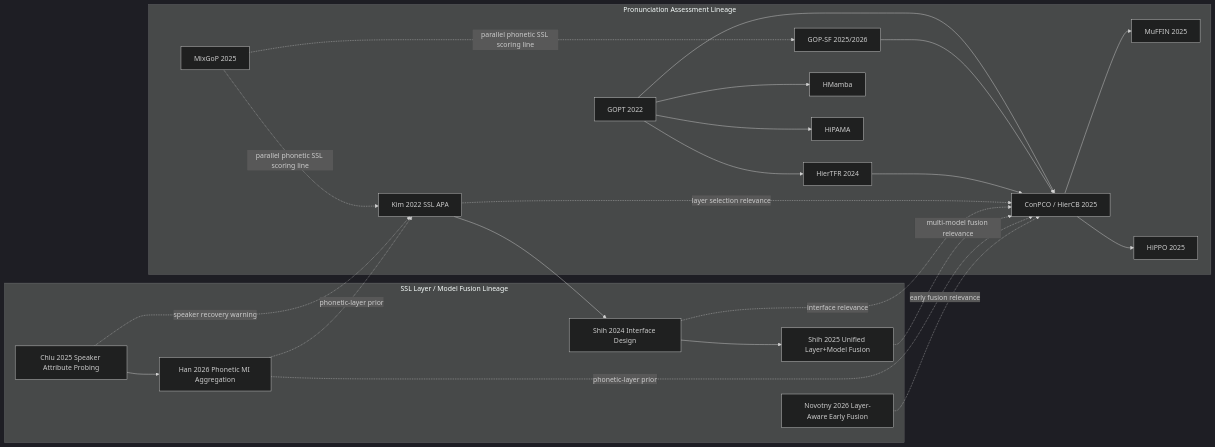
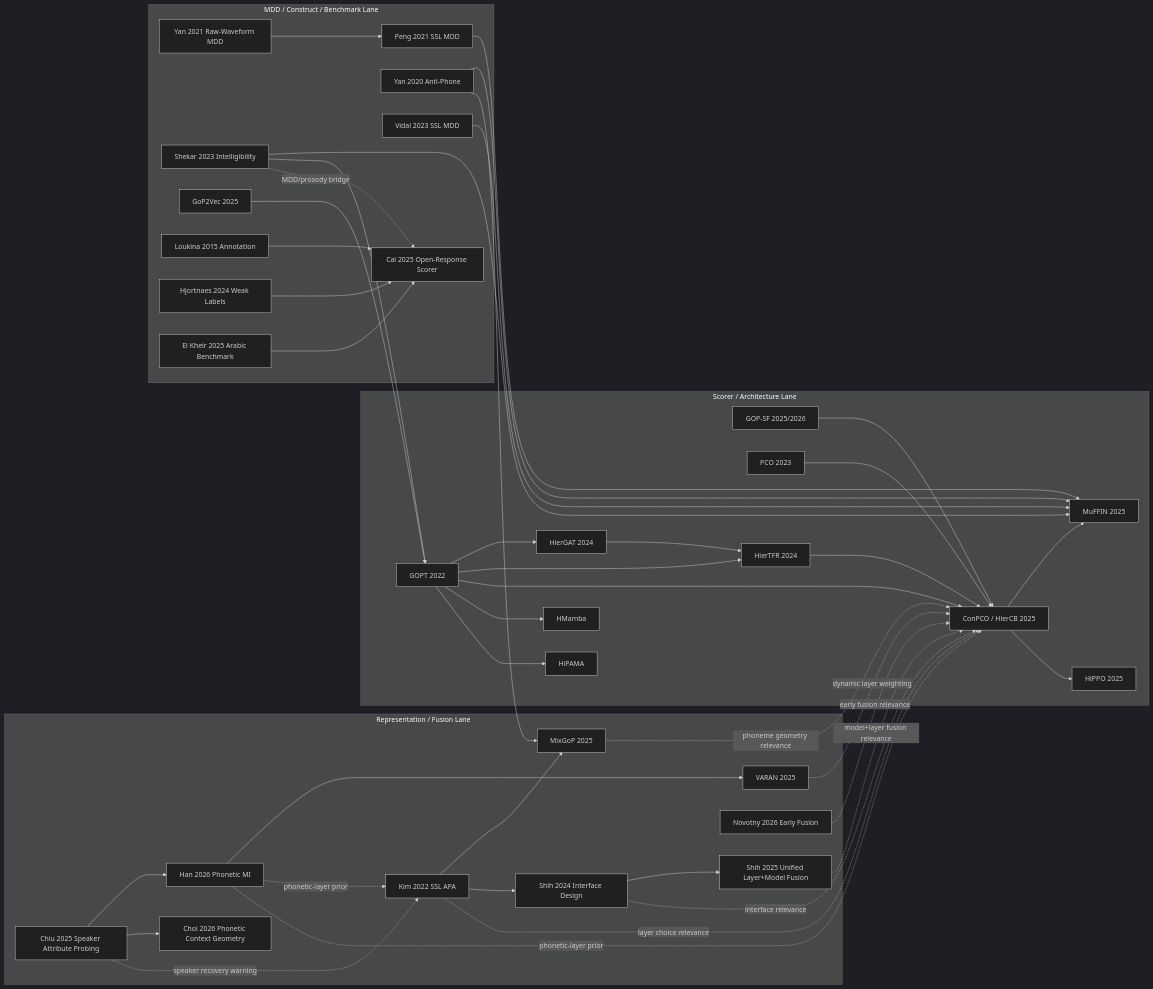
One commit to chikingsley/peacock-asr changed the diagram in docs/research/archived/PRONUNCIATION_LITERATURE_GRAPH_2026-03-22.md. Above: the diagram before and after it, drawn with Mermaid (dark theme). The commit also changed other lines of this file and 123 other files, not shown here.

First line of the commit message:
feat(P010): complete MuFFIN replication — pretraining, MDD, PhnVar, diagnosis labels

````diff
--- a/docs/research/archived/PRONUNCIATION_LITERATURE_GRAPH_2026-03-22.md
+++ b/docs/research/archived/PRONUNCIATION_LITERATURE_GRAPH_2026-03-22.md
@@ -23,46 +61,82 @@
 ```mermaid
 flowchart LR
-  subgraph APA_Lineage[Pronunciation Assessment Lineage]
+  subgraph ScorerLane[Scorer / Architecture Lane]
     GOPT[GOPT 2022]
-    Kim[Kim 2022 SSL APA]
     GOPSF[GOP-SF 2025/2026]
+    PCO[PCO 2023]
+    HierGAT[HierGAT 2024]
     HierTFR[HierTFR 2024]
     ConPCO[ConPCO / HierCB 2025]
     MuFFIN[MuFFIN 2025]
     HiPPO[HiPPO 2025]
-    MixGoP[MixGoP 2025]
     HMamba[HMamba]
     HiPAMA[HiPAMA]
   end
 
-  subgraph Fusion_Lineage[SSL Layer / Model Fusion Lineage]
+  subgraph ReprLane[Representation / Fusion Lane]
+    Kim[Kim 2022 SSL APA]
+    MixGoP[MixGoP 2025]
     Shih24[Shih 2024 Interface Design]
     Shih25[Shih 2025 Unified Layer+Model Fusion]
     Chiu25[Chiu 2025 Speaker Attribute Probing]
-    Han26[Han 2026 Phonetic MI Aggregation]
-    Novotny26[Novotny 2026 Layer-Aware Early Fusion]
+    Han26[Han 2026 Phonetic MI]
+    Varan25[VARAN 2025]
+    Choi26[Choi 2026 Phonetic Context Geometry]
+    Novotny26[Novotny 2026 Early Fusion]
   end
 
+  subgraph BridgeLane[MDD / Construct / Benchmark Lane]
+    Peng21[Peng 2021 SSL MDD]
+    AntiPhone[Yan 2020 Anti-Phone]
+    RawMDD[Yan 2021 Raw-Waveform MDD]
+    Vidal23[Vidal 2023 SSL MDD]
+    Shekar23[Shekar 2023 Intelligibility]
+    GoP2Vec[GoP2Vec 2025]
+    Loukina15[Loukina 2015 Annotation]
+    Hjortnaes24[Hjortnaes 2024 Weak Labels]
+    Cai25[Cai 2025 Open-Response Scorer]
+    Arabic25[El Kheir 2025 Arabic Benchmark]
+  end
+
+  GOPT --> HierGAT
   GOPT --> HierTFR
   GOPT --> ConPCO
+  GOPT --> HMamba
+  GOPT --> HiPAMA
   GOPSF --> ConPCO
+  PCO --> ConPCO
+  HierGAT --> HierTFR
   HierTFR --> ConPCO
   ConPCO --> MuFFIN
   ConPCO --> HiPPO
-  GOPT --> HMamba
-  GOPT --> HiPAMA
 
+  Kim --> MixGoP
   Kim --> Shih24
   Shih24 --> Shih25
   Chiu25 --> Han26
+  Han26 --> Varan25
+  Chiu25 --> Choi26
 
-  Kim -. layer selection relevance .-> ConPCO
+  Peng21 --> MuFFIN
+  AntiPhone --> MuFFIN
+  AntiPhone --> MixGoP
+  RawMDD --> Peng21
+  Vidal23 --> MuFFIN
+  Shekar23 --> MuFFIN
+  Shekar23 --> GOPT
+  GoP2Vec --> GOPT
+  Loukina15 --> Cai25
+  Hjortnaes24 --> Cai25
+  Arabic25 --> Cai25
+
+  Kim -. layer choice relevance .-> ConPCO
+  MixGoP -. phoneme geometry relevance .-> ConPCO
   Shih24 -. interface relevance .-> ConPCO
-  Shih25 -. multi-model fusion relevance .-> ConPCO
+  Shih25 -. model+layer fusion relevance .-> ConPCO
   Chiu25 -. speaker recovery warning .-> Kim
   Han26 -. phonetic-layer prior .-> Kim
   Han26 -. phonetic-layer prior .-> ConPCO
+  Varan25 -. dynamic layer weighting .-> ConPCO
   Novotny26 -. early fusion relevance .-> ConPCO
-  MixGoP -. parallel phonetic SSL scoring line .-> Kim
-  MixGoP -. parallel phonetic SSL scoring line .-> GOPSF
+  Shekar23 -. MDD/prosody bridge .-> Cai25
 ```
````
